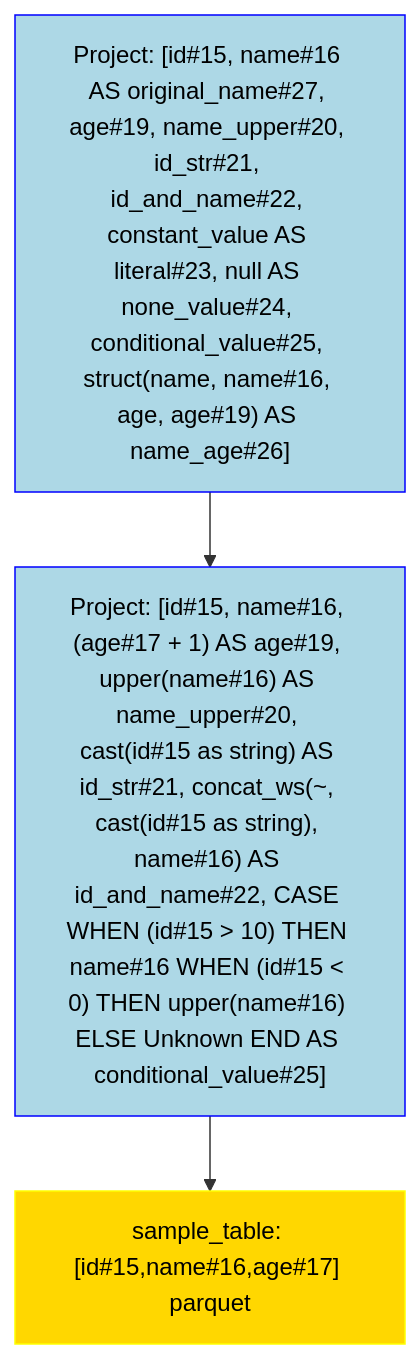
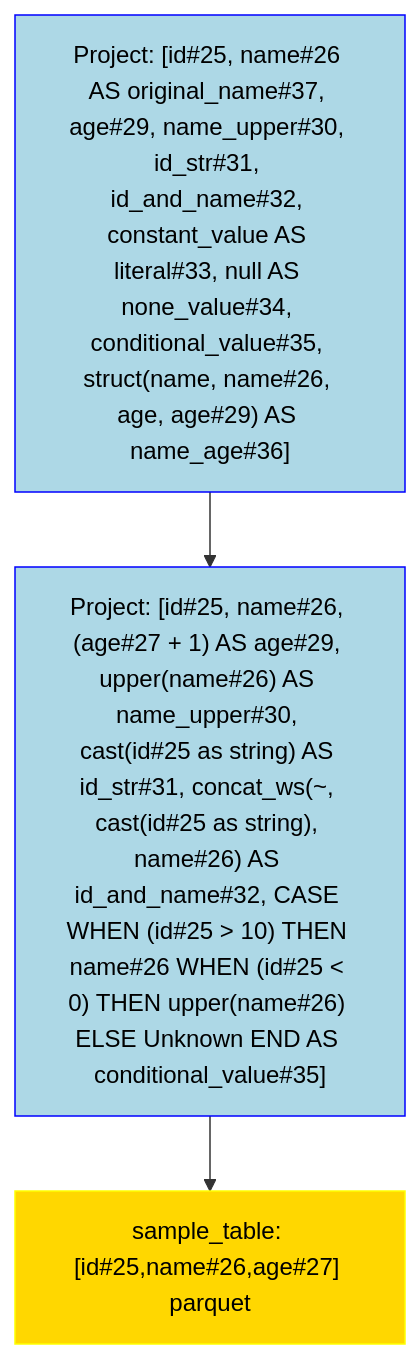
The diagram in data/visualization/derive.mmd (NielkNetraam/explainalyzed), drawn with Mermaid before and after one commit. The commit also changed 48 other files, not shown here.

```diff
--- a/data/visualization/derive.mmd
+++ b/data/visualization/derive.mmd
@@ -1,25 +1,14 @@
----
-config:
-theme: 'base'
-themeVariables:
-    primaryColor: '#BB2528'
-    primaryTextColor: '#fff'
-    primaryBorderColor: '#7C0000'
-    lineColor: '#F8B229'
-    secondaryColor: '#267826'
-    tertiaryColor: '#fff'
----
 flowchart TD
     classDef PROJECT stroke:Blue,fill:LightBlue,color:black
     classDef FILTER stroke:Green,fill:LightGreen,color:black
     classDef UNION stroke:Purple,fill:Violet,color:black
     classDef JOIN stroke:DarkOrange,fill:Orange,color:black
     classDef RELATION stroke:Yellow,fill:Gold,color:black
     classDef AGGREGATE stroke:Brown,fill:Chocolate,color:black
 
-    Project#1["Project: [id#15, name#16 AS original_name#27, age#19, name_upper#20, id_str#21, id_and_name#22, constant_value AS literal#23, null AS none_value#24, conditional_value#25, struct(name, name#16, age, age#19) AS name_age#26]"]:::PROJECT
-    Project#11["Project: [id#15, name#16, (age#17 + 1) AS age#19, upper(name#16) AS name_upper#20, cast(id#15 as string) AS id_str#21, concat_ws(~, cast(id#15 as string), name#16) AS id_and_name#22, CASE WHEN (id#15 > 10) THEN name#16 WHEN (id#15 < 0) THEN upper(name#16) ELSE Unknown END AS conditional_value#25]"]:::PROJECT
-    Relation#111["sample_table: [id#15,name#16,age#17] parquet"]:::RELATION
+    Project#1["Project: [id#25, name#26 AS original_name#37, age#29, name_upper#30, id_str#31, id_and_name#32, constant_value AS literal#33, null AS none_value#34, conditional_value#35, struct(name, name#26, age, age#29) AS name_age#36]"]:::PROJECT
+    Project#11["Project: [id#25, name#26, (age#27 + 1) AS age#29, upper(name#26) AS name_upper#30, cast(id#25 as string) AS id_str#31, concat_ws(~, cast(id#25 as string), name#26) AS id_and_name#32, CASE WHEN (id#25 > 10) THEN name#26 WHEN (id#25 < 0) THEN upper(name#26) ELSE Unknown END AS conditional_value#35]"]:::PROJECT
+    Relation#111["sample_table: [id#25,name#26,age#27] parquet"]:::RELATION
 
     Project#1 --> Project#11
         Project#11 --> Relation#111
```
